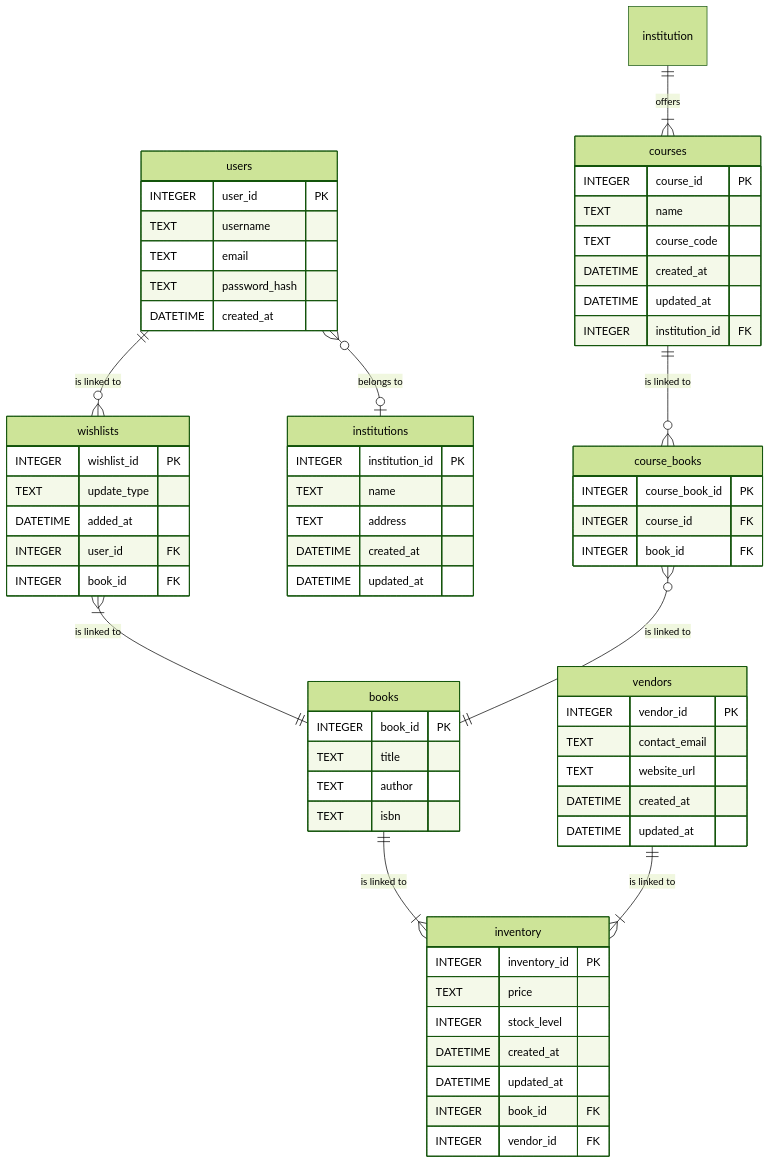
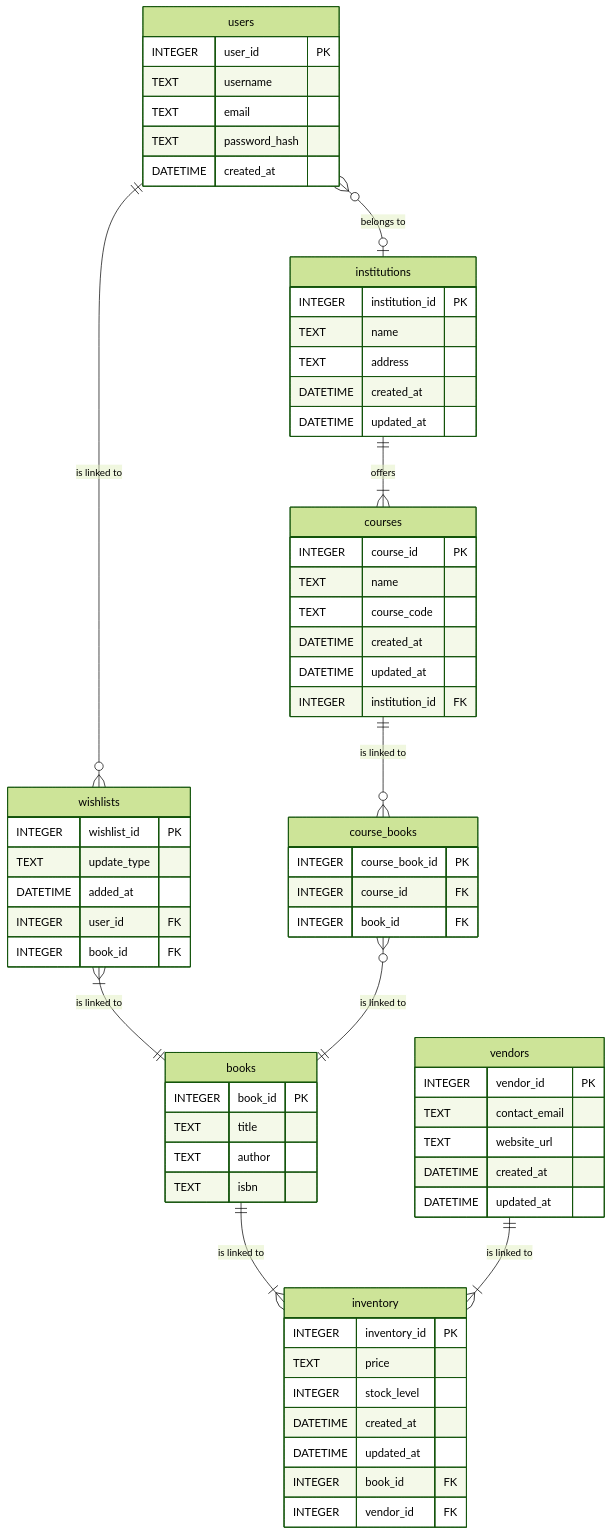
One commit to kaylinvdw/Group20 changed the diagram in readMe.md. Above: the diagram before and after it, drawn with Mermaid (forest theme).

Commit message:
fix typing error

````diff
--- a/readMe.md
+++ b/readMe.md
@@ -28,75 +28,75 @@
 ```mermaid
 erDiagram
     users {
         INTEGER user_id PK
         TEXT username
         TEXT email
         TEXT password_hash
         DATETIME created_at
     }
     
     books {
         INTEGER book_id PK
         TEXT title
         TEXT author
         TEXT isbn
     }
     
     wishlists {
         INTEGER wishlist_id PK
         TEXT update_type
         DATETIME added_at
         INTEGER user_id FK
         INTEGER book_id FK
     }
     
     institutions {
         INTEGER institution_id PK
         TEXT name
         TEXT address
         DATETIME created_at
         DATETIME updated_at
     }
 
     courses {
         INTEGER course_id PK
         TEXT name
         TEXT course_code
         DATETIME created_at
         DATETIME updated_at
         INTEGER institution_id FK
     }
 
     course_books {
         INTEGER course_book_id PK
         INTEGER course_id FK
         INTEGER book_id FK
     }
 
     vendors {
         INTEGER vendor_id PK
         TEXT contact_email
         TEXT website_url
         DATETIME created_at
         DATETIME updated_at
     }
 
     inventory {
         INTEGER inventory_id PK
         TEXT price
         INTEGER stock_level
         DATETIME created_at
         DATETIME updated_at
         INTEGER book_id FK
         INTEGER vendor_id FK
     }
 
     users o{--o| institutions: "belongs to"
     users ||--o{ wishlists: "is linked to"
     wishlists |{--|| books: "is linked to"
-    institution ||--|{ courses: "offers"
+    institutions ||--|{ courses: "offers"
     courses ||--o{ course_books: "is linked to"
     course_books o{--|| books: "is linked to"
     books ||--|{ inventory: "is linked to"
     vendors ||--|{ inventory: "is linked to"
 ```
````
